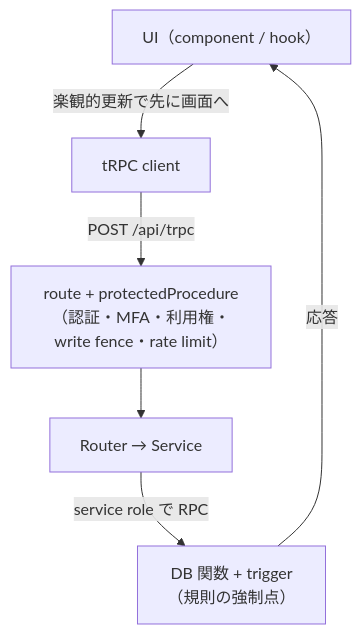
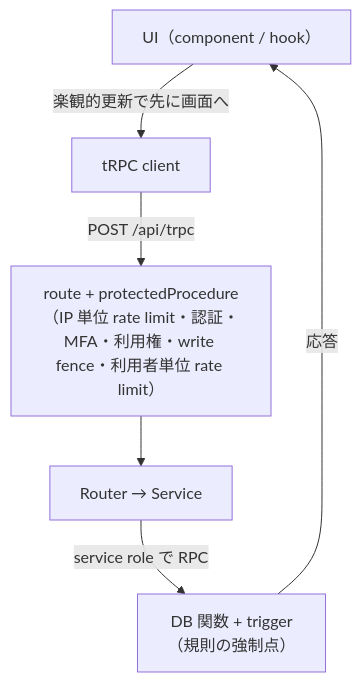
Before and after one commit to Dayopt/dayopt: the diagram in docs/learn/02-ui-to-db.md, drawn with Mermaid. The commit also changed other lines of this file and 36 other files, not shown here.

````diff
--- a/docs/learn/02-ui-to-db.md
+++ b/docs/learn/02-ui-to-db.md
@@ -18,8 +18,8 @@
 ```mermaid
 flowchart TD
   UI["UI（component / hook）"] -->|"楽観的更新で先に画面へ"| C["tRPC client"]
-  C -->|"POST /api/trpc"| R["route + protectedProcedure<br/>（認証・MFA・利用権・write fence・rate limit）"]
+  C -->|"POST /api/trpc"| R["route + protectedProcedure<br/>（IP 単位 rate limit・認証・MFA・利用権・write fence・利用者単位 rate limit）"]
   R --> S["Router → Service"]
   S -->|"service role で RPC"| DB["DB 関数 + trigger<br/>（規則の強制点）"]
   DB -->|"応答"| UI
 ```
````
